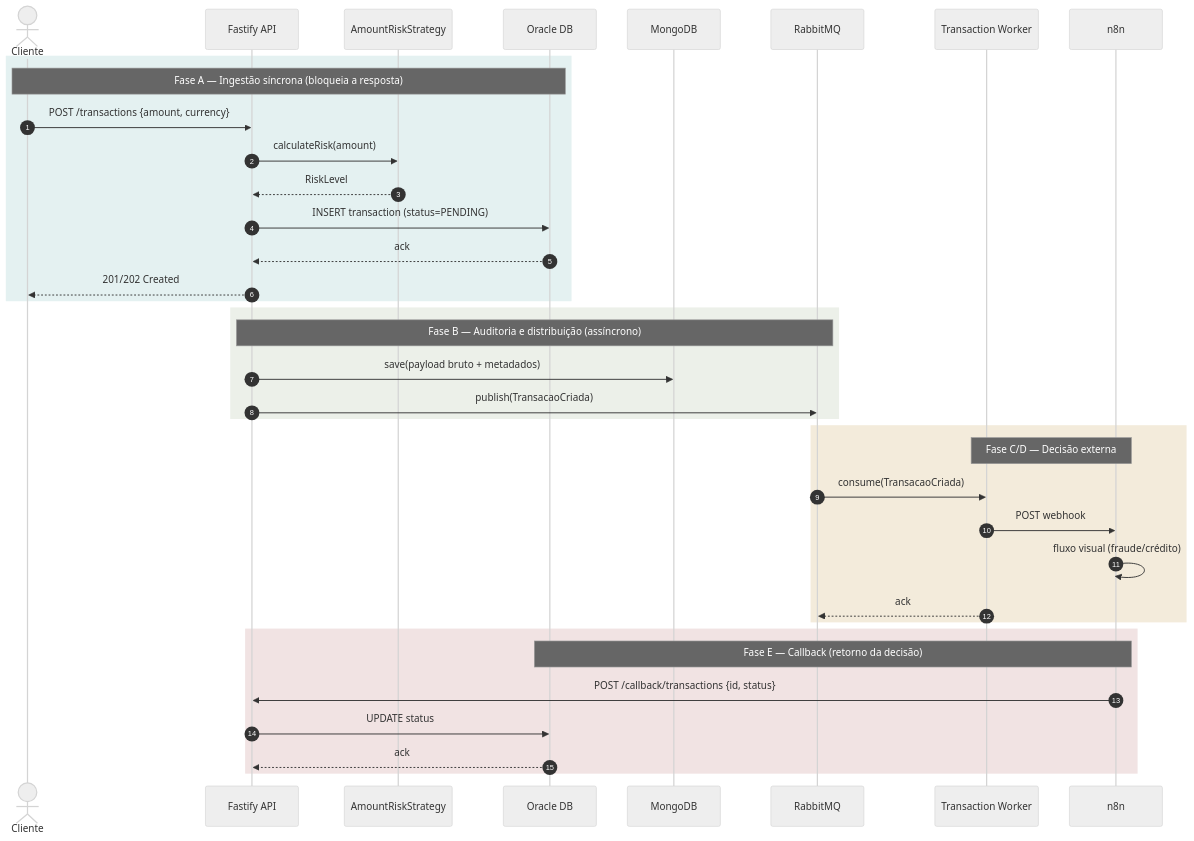
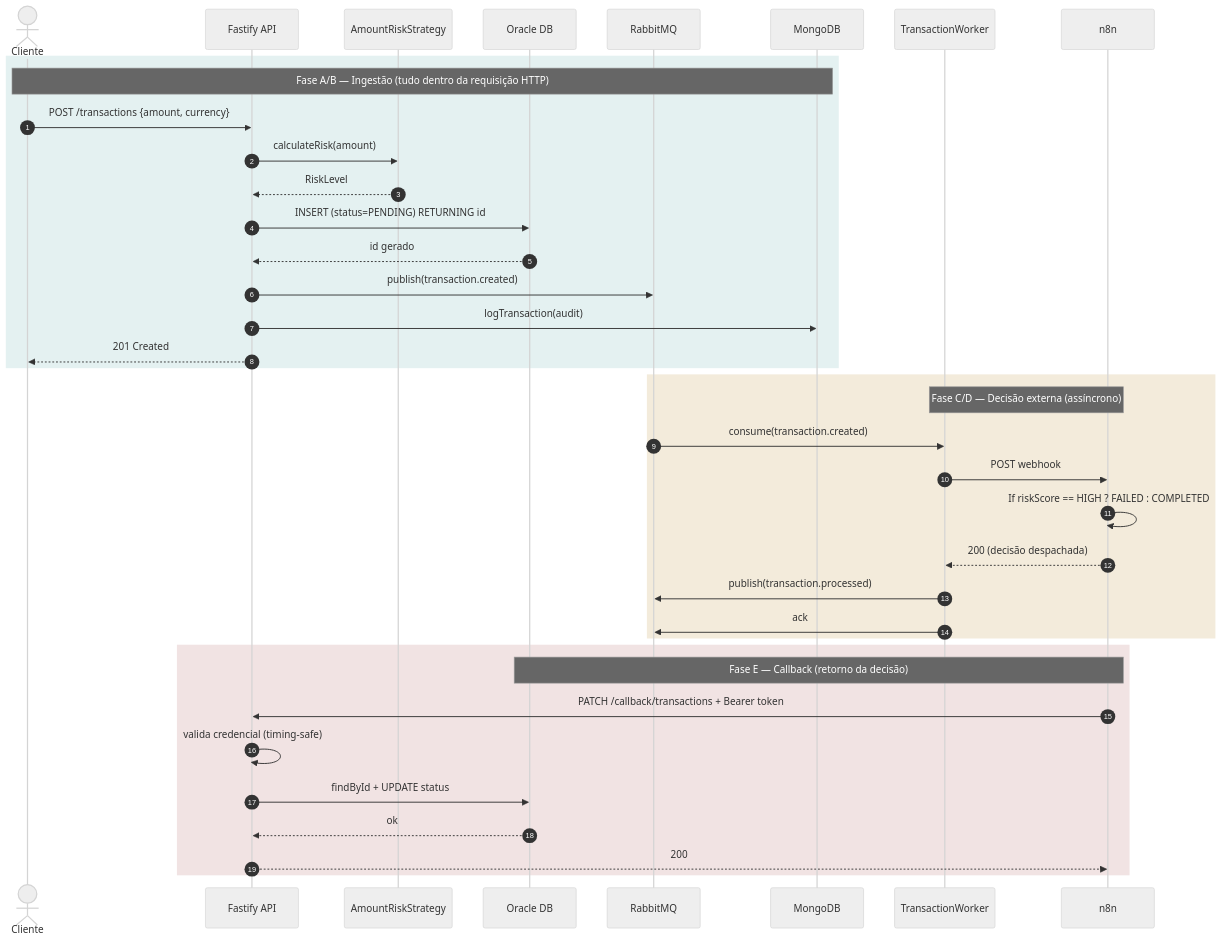
One commit to jvcamargoalmeida/poc-decision-backend changed the first of 3 diagrams in ARCHITECTURE.md. Above: the diagram before and after it, drawn with Mermaid (neutral theme). The commit also changed other lines of this file and 3 other files, not shown here.

````diff
--- a/ARCHITECTURE.md
+++ b/ARCHITECTURE.md
@@ -12,43 +15,43 @@
 ```mermaid
 sequenceDiagram
     autonumber
     actor Client as Cliente
     participant API as Fastify API
     participant Risk as AmountRiskStrategy
     participant Oracle as Oracle DB
+    participant Queue as RabbitMQ
     participant Mongo as MongoDB
-    participant Queue as RabbitMQ
-    participant Worker as Transaction Worker
+    participant Worker as TransactionWorker
     participant N8n as n8n
 
     rect rgb(228, 241, 241)
-    Note over Client,Oracle: Fase A — Ingestão síncrona (bloqueia a resposta)
+    Note over Client,Mongo: Fase A/B — Ingestão (tudo dentro da requisição HTTP)
     Client->>API: POST /transactions {amount, currency}
     API->>Risk: calculateRisk(amount)
     Risk-->>API: RiskLevel
-    API->>Oracle: INSERT transaction (status=PENDING)
-    Oracle-->>API: ack
-    API-->>Client: 201/202 Created
-    end
-
-    rect rgb(236, 240, 233)
-    Note over API,Queue: Fase B — Auditoria e distribuição (assíncrono)
-    API->>Mongo: save(payload bruto + metadados)
-    API->>Queue: publish(TransacaoCriada)
+    API->>Oracle: INSERT (status=PENDING) RETURNING id
+    Oracle-->>API: id gerado
+    API->>Queue: publish(transaction.created)
+    API->>Mongo: logTransaction(audit)
+    API-->>Client: 201 Created
     end
 
     rect rgb(243, 235, 219)
-    Note over Worker,N8n: Fase C/D — Decisão externa
-    Queue->>Worker: consume(TransacaoCriada)
+    Note over Worker,N8n: Fase C/D — Decisão externa (assíncrono)
+    Queue->>Worker: consume(transaction.created)
     Worker->>N8n: POST webhook
-    N8n->>N8n: fluxo visual (fraude/crédito)
-    Worker-->>Queue: ack
+    N8n->>N8n: If riskScore == HIGH ? FAILED : COMPLETED
+    N8n-->>Worker: 200 (decisão despachada)
+    Worker->>Queue: publish(transaction.processed)
+    Worker->>Queue: ack
     end
 
     rect rgb(241, 227, 227)
     Note over N8n,Oracle: Fase E — Callback (retorno da decisão)
-    N8n->>API: POST /callback/transactions {id, status}
-    API->>Oracle: UPDATE status
-    Oracle-->>API: ack
+    N8n->>API: PATCH /callback/transactions + Bearer token
+    API->>API: valida credencial (timing-safe)
+    API->>Oracle: findById + UPDATE status
+    Oracle-->>API: ok
+    API-->>N8n: 200
     end
 ```
````
